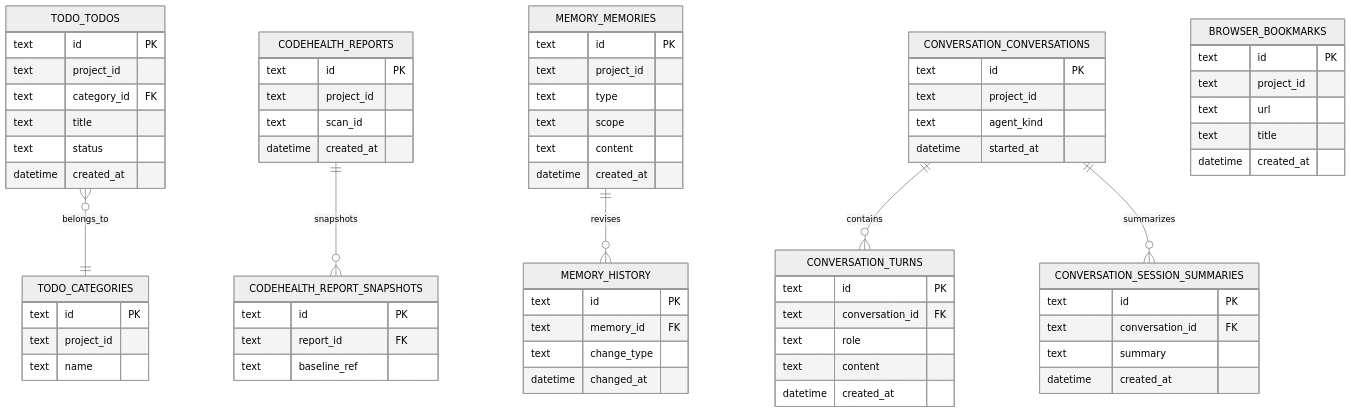
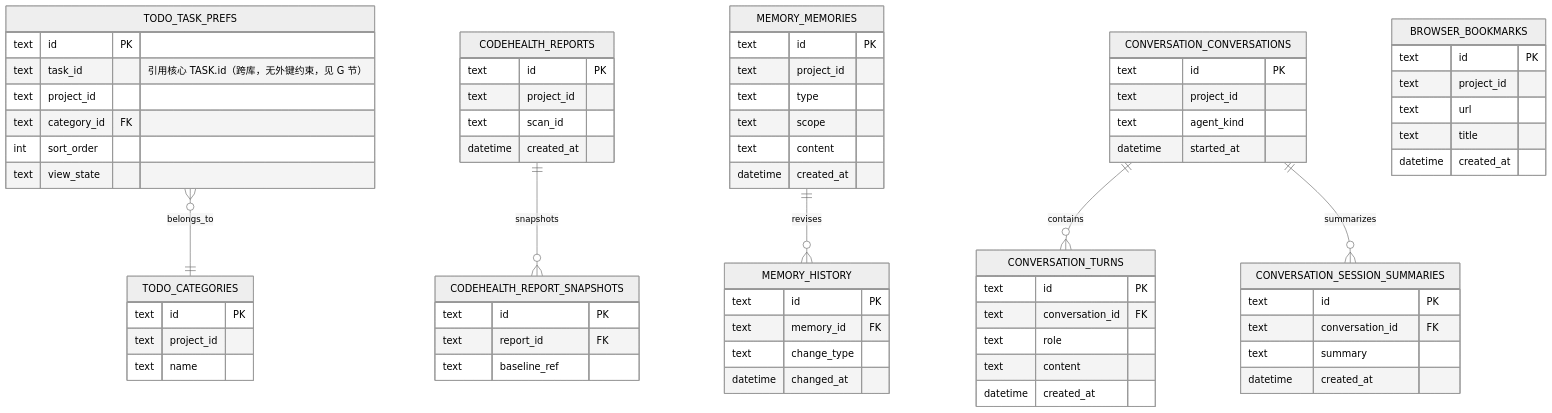
Diagram 14 of 14 in docs/dozer-v2/dozer-v2静态结构图.md (byteboyai/dozer), drawn with Mermaid (neutral theme) before and after one commit. The commit also changed other lines of this file and 1 other file, not shown here.

Commit message:
docs(dozer-v2): 静态结构图按审核意见修订；plan 补构造点更正说明

````diff
--- a/docs/dozer-v2/dozer-v2静态结构图.md
+++ b/docs/dozer-v2/dozer-v2静态结构图.md
@@ -827,73 +1225,73 @@
 ```mermaid
 erDiagram
-  TODO_TODOS }o--|| TODO_CATEGORIES : belongs_to
+  TODO_TASK_PREFS }o--|| TODO_CATEGORIES : belongs_to
   CODEHEALTH_REPORTS ||--o{ CODEHEALTH_REPORT_SNAPSHOTS : snapshots
   MEMORY_MEMORIES ||--o{ MEMORY_HISTORY : revises
   CONVERSATION_CONVERSATIONS ||--o{ CONVERSATION_TURNS : contains
   CONVERSATION_CONVERSATIONS ||--o{ CONVERSATION_SESSION_SUMMARIES : summarizes
 
-  TODO_TODOS {
+  TODO_TASK_PREFS {
     text id PK
+    text task_id "引用核心 TASK.id（跨库，无外键约束，见 G 节）"
     text project_id
     text category_id FK
-    text title
-    text status
-    datetime created_at
+    int sort_order
+    text view_state
   }
   TODO_CATEGORIES {
     text id PK
     text project_id
     text name
   }
   CODEHEALTH_REPORTS {
     text id PK
     text project_id
     text scan_id
     datetime created_at
   }
   CODEHEALTH_REPORT_SNAPSHOTS {
     text id PK
     text report_id FK
     text baseline_ref
   }
   MEMORY_MEMORIES {
     text id PK
     text project_id
     text type
     text scope
     text content
     datetime created_at
   }
   MEMORY_HISTORY {
     text id PK
     text memory_id FK
     text change_type
     datetime changed_at
   }
   CONVERSATION_CONVERSATIONS {
     text id PK
     text project_id
     text agent_kind
     datetime started_at
   }
   CONVERSATION_TURNS {
     text id PK
     text conversation_id FK
     text role
     text content
     datetime created_at
   }
   CONVERSATION_SESSION_SUMMARIES {
     text id PK
     text conversation_id FK
     text summary
     datetime created_at
   }
   BROWSER_BOOKMARKS {
     text id PK
     text project_id
     text url
     text title
     datetime created_at
   }
 ```
````
